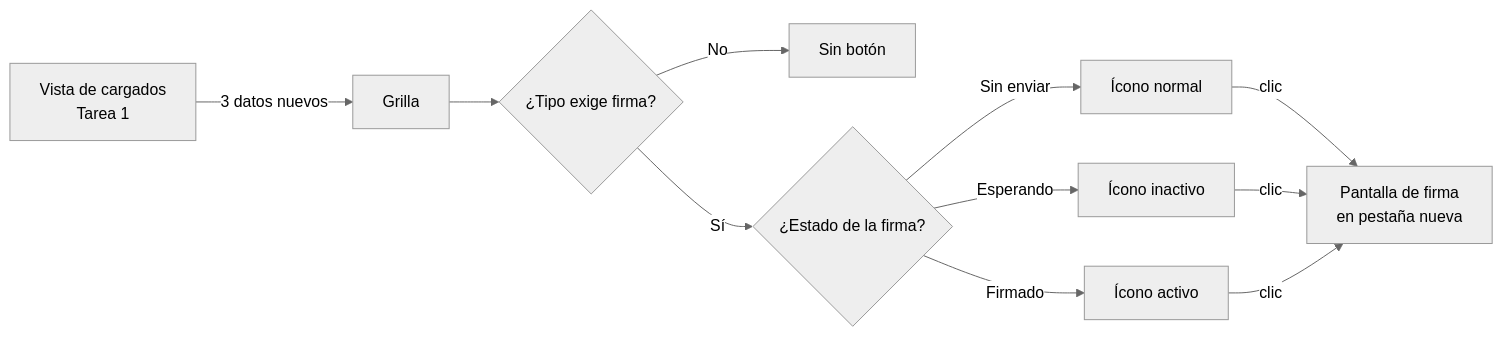
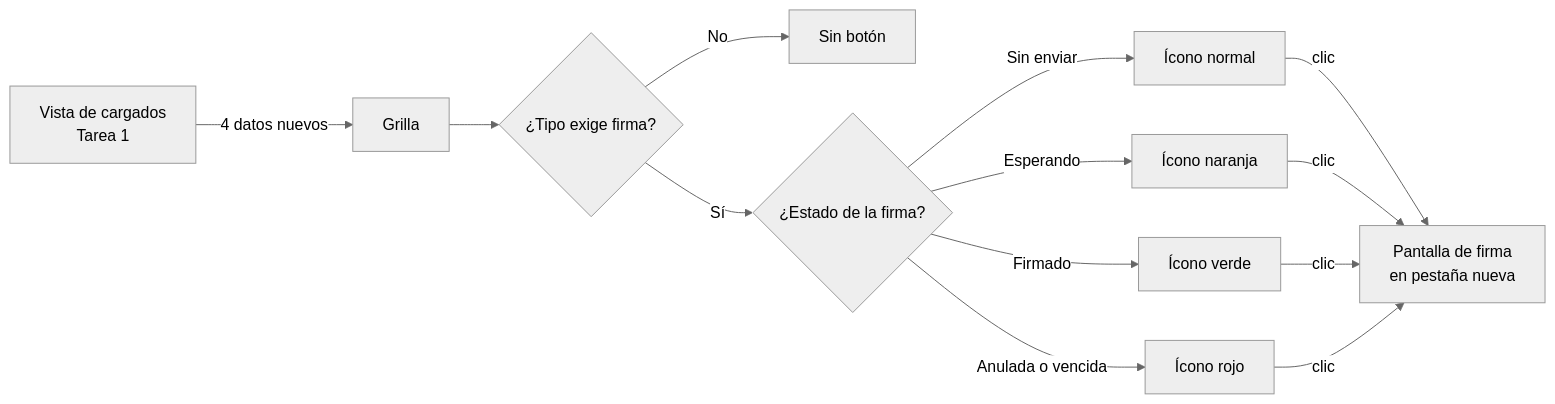
The third of 3 diagrams in contabilidad/firma-documentos-contables/EXPLICACION.md (jhonomar26/GUIA-MD), drawn with Mermaid (neutral theme) before and after one commit. The commit also changed other lines of this file and 27 other files, not shown here.

````diff
--- a/contabilidad/firma-documentos-contables/EXPLICACION.md
+++ b/contabilidad/firma-documentos-contables/EXPLICACION.md
@@ -152,11 +155,12 @@
 ```mermaid
 flowchart LR
-    A[Vista de cargados<br/>Tarea 1] -->|3 datos nuevos| B[Grilla]
+    A[Vista de cargados<br/>Tarea 1] -->|4 datos nuevos| B[Grilla]
     B --> C{¿Tipo exige firma?}
     C -- No --> D[Sin botón]
     C -- Sí --> E{¿Estado de la firma?}
     E -- Sin enviar --> F[Ícono normal]
-    E -- Esperando --> G[Ícono inactivo]
-    E -- Firmado --> H[Ícono activo]
-    F & G & H -->|clic| I[Pantalla de firma<br/>en pestaña nueva]
+    E -- Esperando --> G[Ícono naranja]
+    E -- Firmado --> H[Ícono verde]
+    E -- Anulada o vencida --> J[Ícono rojo]
+    F & G & H & J -->|clic| I[Pantalla de firma<br/>en pestaña nueva]
 ```
````
